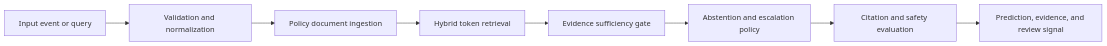
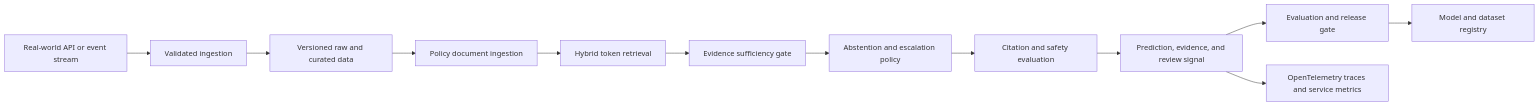
One commit to R-behera/clinical-rag-safety-gateway-20260716 changed the diagram in ARCHITECTURE.md. Above: the diagram before and after it, drawn with Mermaid. The commit also changed other lines of this file and 16 other files, not shown here.

````diff
--- a/ARCHITECTURE.md
+++ b/ARCHITECTURE.md
@@ -9,10 +9,14 @@
 ```mermaid
 flowchart LR
-    A["Input event or query"] --> B["Validation and normalization"]
-    B --> C["Policy document ingestion"]
-    C --> D["Hybrid token retrieval"]
-    D --> E["Evidence sufficiency gate"]
-    E --> F["Abstention and escalation policy"]
-    F --> G["Citation and safety evaluation"]
-    G --> H["Prediction, evidence, and review signal"]
+    A["Real-world API or event stream"] --> B["Validated ingestion"]
+    B --> C["Versioned raw and curated data"]
+    C --> D["Policy document ingestion"]
+    D --> E["Hybrid token retrieval"]
+    E --> F["Evidence sufficiency gate"]
+    F --> G["Abstention and escalation policy"]
+    G --> H["Citation and safety evaluation"]
+    H --> I["Prediction, evidence, and review signal"]
+    I --> J["Evaluation and release gate"]
+    I --> K["OpenTelemetry traces and service metrics"]
+    J --> L["Model and dataset registry"]
 ```
````
